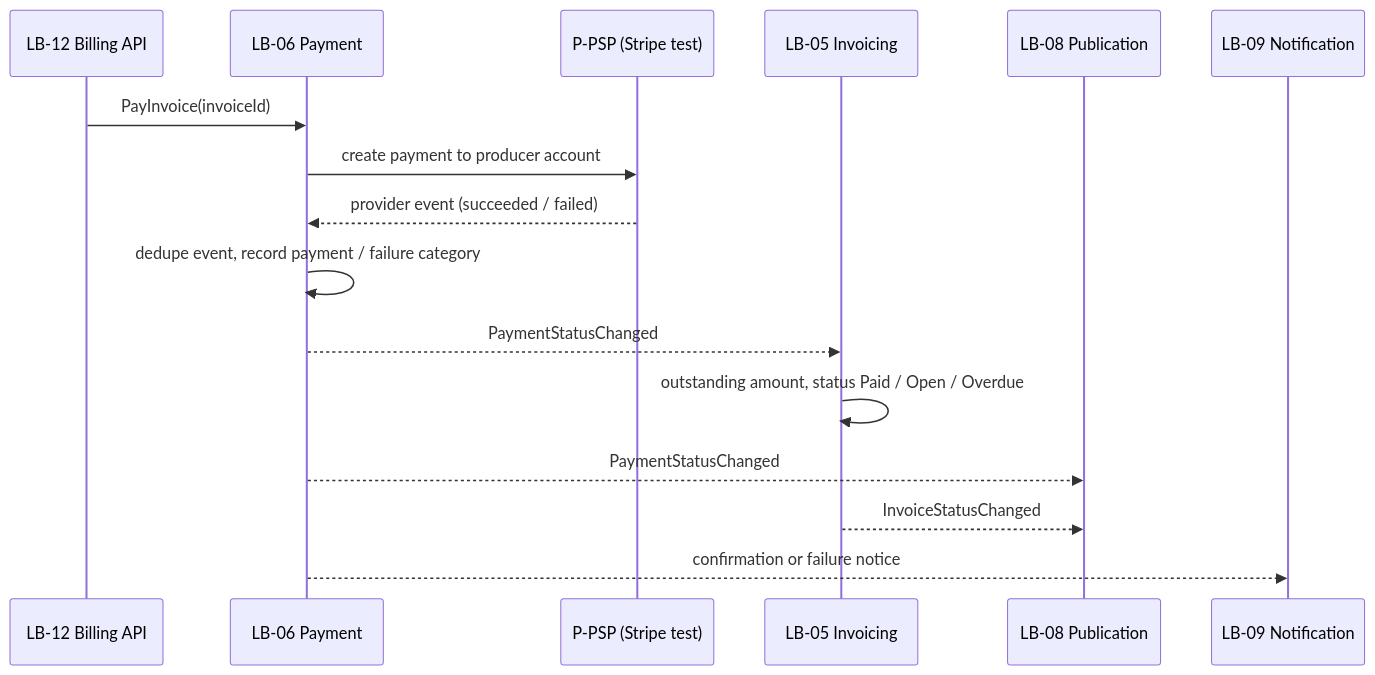
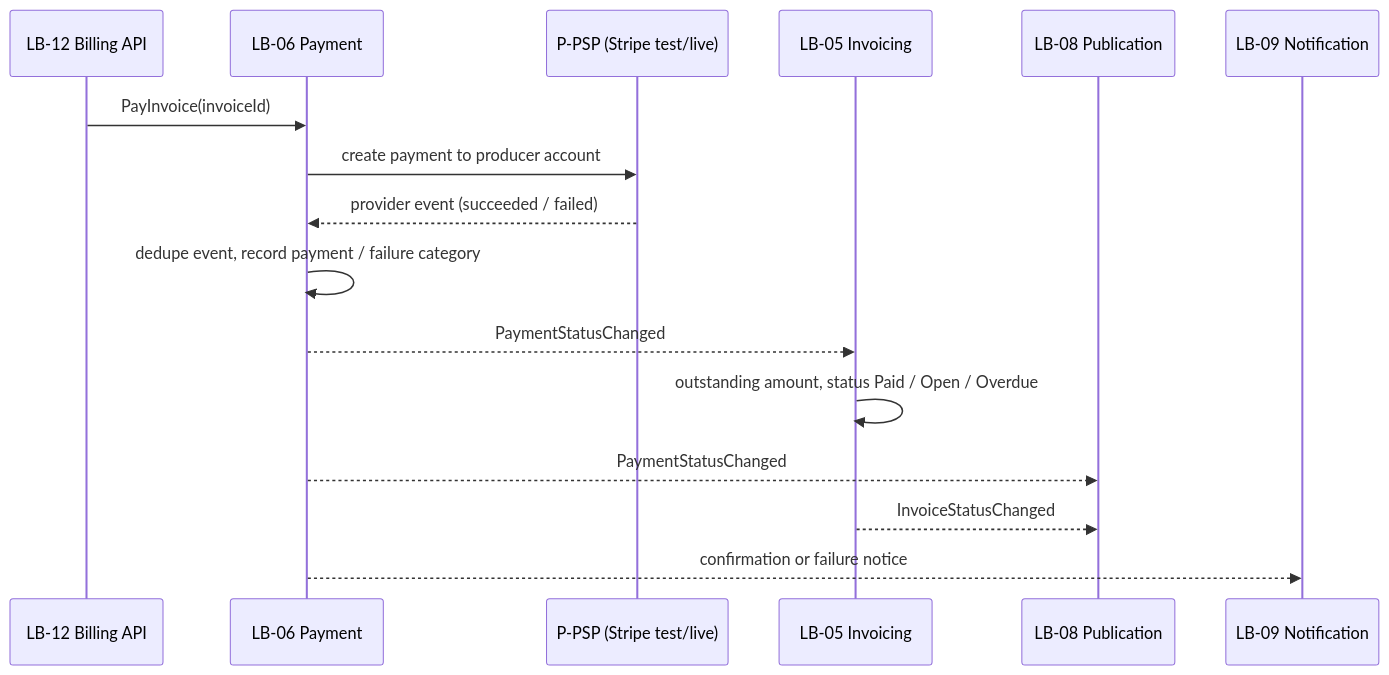
The sixth of 10 diagrams in docs/architecture/02-logical-architecture.md (blooo-io/intelligent-eu-bps-source), drawn with Mermaid before and after one commit. The commit also changed other lines of this file and 96 other files, not shown here.

````diff
--- a/docs/architecture/02-logical-architecture.md
+++ b/docs/architecture/02-logical-architecture.md
@@ -246,18 +264,18 @@
 ```mermaid
 sequenceDiagram
   participant API as LB-12 Billing API
   participant PAY as LB-06 Payment
-  participant PSP as P-PSP (Stripe test)
+  participant PSP as P-PSP (Stripe test/live)
   participant INV as LB-05 Invoicing
   participant PUB as LB-08 Publication
   participant NOT as LB-09 Notification
   API->>PAY: PayInvoice(invoiceId)
   PAY->>PSP: create payment to producer account
   PSP-->>PAY: provider event (succeeded / failed)
   PAY->>PAY: dedupe event, record payment / failure category
   PAY-->>INV: PaymentStatusChanged
   INV->>INV: outstanding amount, status Paid / Open / Overdue
   PAY-->>PUB: PaymentStatusChanged
   INV-->>PUB: InvoiceStatusChanged
   PAY-->>NOT: confirmation or failure notice
 ```
````
